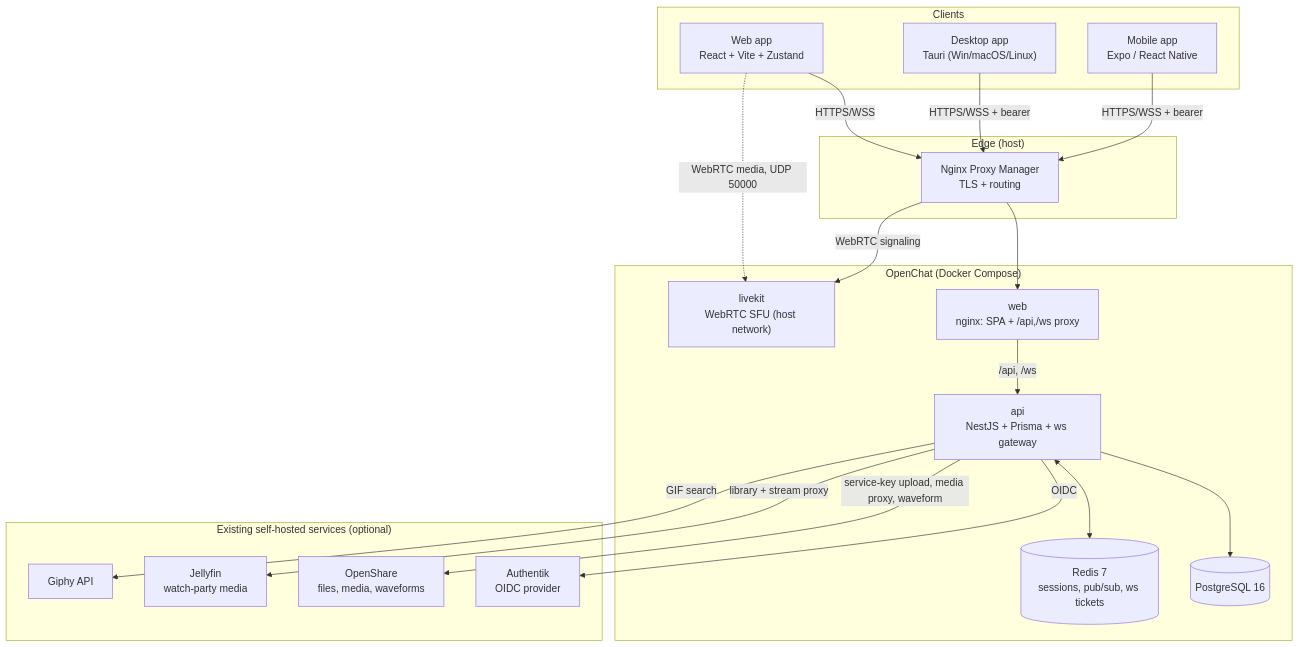
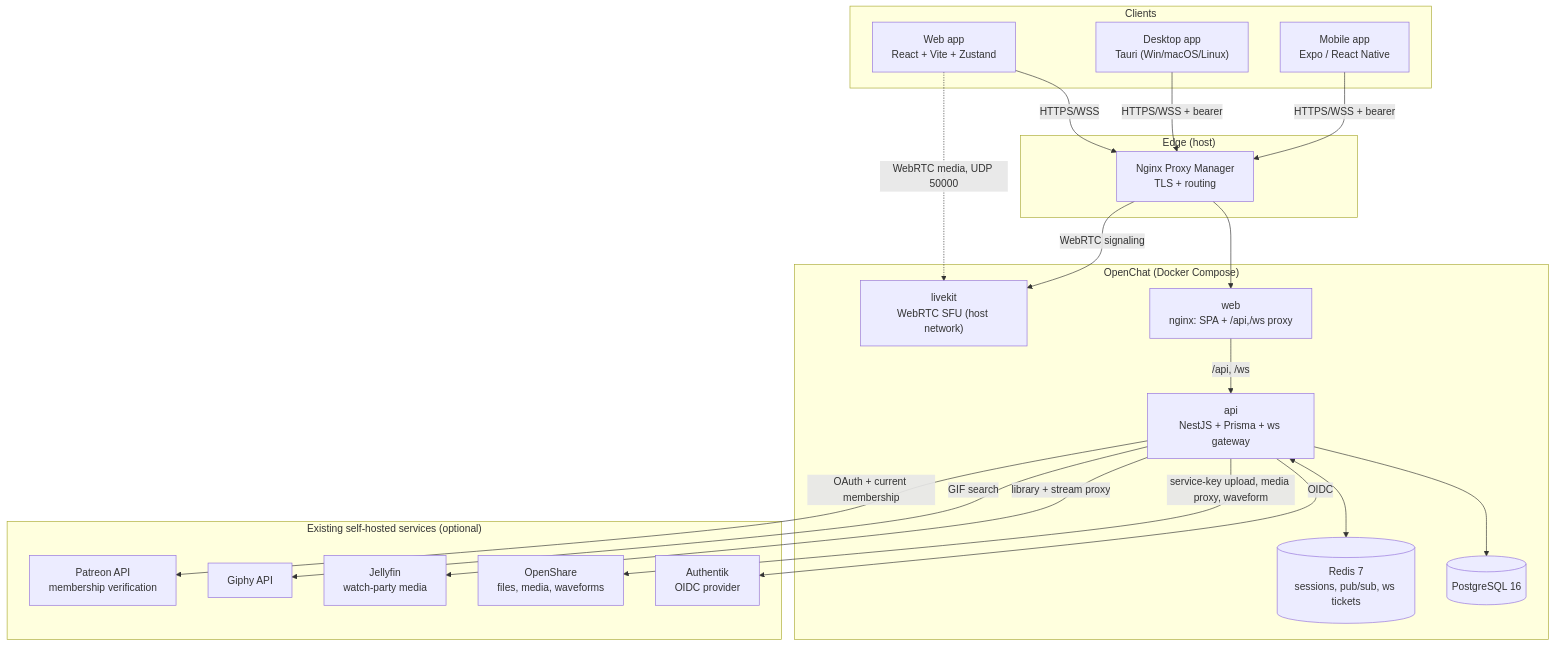
The first of 3 diagrams in docs/ARCHITECTURE.md (MinionEnjoyer/OpenChat), drawn with Mermaid before and after one commit. The commit also changed other lines of this file and 27 other files, not shown here.

````diff
--- a/docs/ARCHITECTURE.md
+++ b/docs/ARCHITECTURE.md
@@ -63,37 +65,39 @@
 ```mermaid
 graph TB
     subgraph Clients ["Clients"]
         Web["Web app<br/>React + Vite + Zustand"]
         Desktop["Desktop app<br/>Tauri (Win/macOS/Linux)"]
         Mobile["Mobile app<br/>Expo / React Native"]
     end
     subgraph Edge ["Edge (host)"]
         NPM["Nginx Proxy Manager<br/>TLS + routing"]
     end
     subgraph Stack ["OpenChat (Docker Compose)"]
         WebC["web<br/>nginx: SPA + /api,/ws proxy"]
         API["api<br/>NestJS + Prisma + ws gateway"]
         PG[("PostgreSQL 16")]
         Redis[("Redis 7<br/>sessions, pub/sub, ws tickets")]
         LK["livekit<br/>WebRTC SFU (host network)"]
     end
     subgraph External ["Existing self-hosted services (optional)"]
         Auth["Authentik<br/>OIDC provider"]
         Share["OpenShare<br/>files, media, waveforms"]
         Jelly["Jellyfin<br/>watch-party media"]
         Giphy["Giphy API"]
+        Patreon["Patreon API<br/>membership verification"]
     end
     Web -->|HTTPS/WSS| NPM
     Desktop -->|HTTPS/WSS + bearer| NPM
     Mobile -->|HTTPS/WSS + bearer| NPM
     NPM --> WebC
     WebC -->|/api, /ws| API
     NPM -->|WebRTC signaling| LK
     Web -.->|WebRTC media, UDP 50000| LK
     API --> PG
     API <--> Redis
     API -->|OIDC| Auth
     API -->|service-key upload, media proxy, waveform| Share
     API -->|library + stream proxy| Jelly
     API -->|GIF search| Giphy
+    API -->|OAuth + current membership| Patreon
 ```
````
